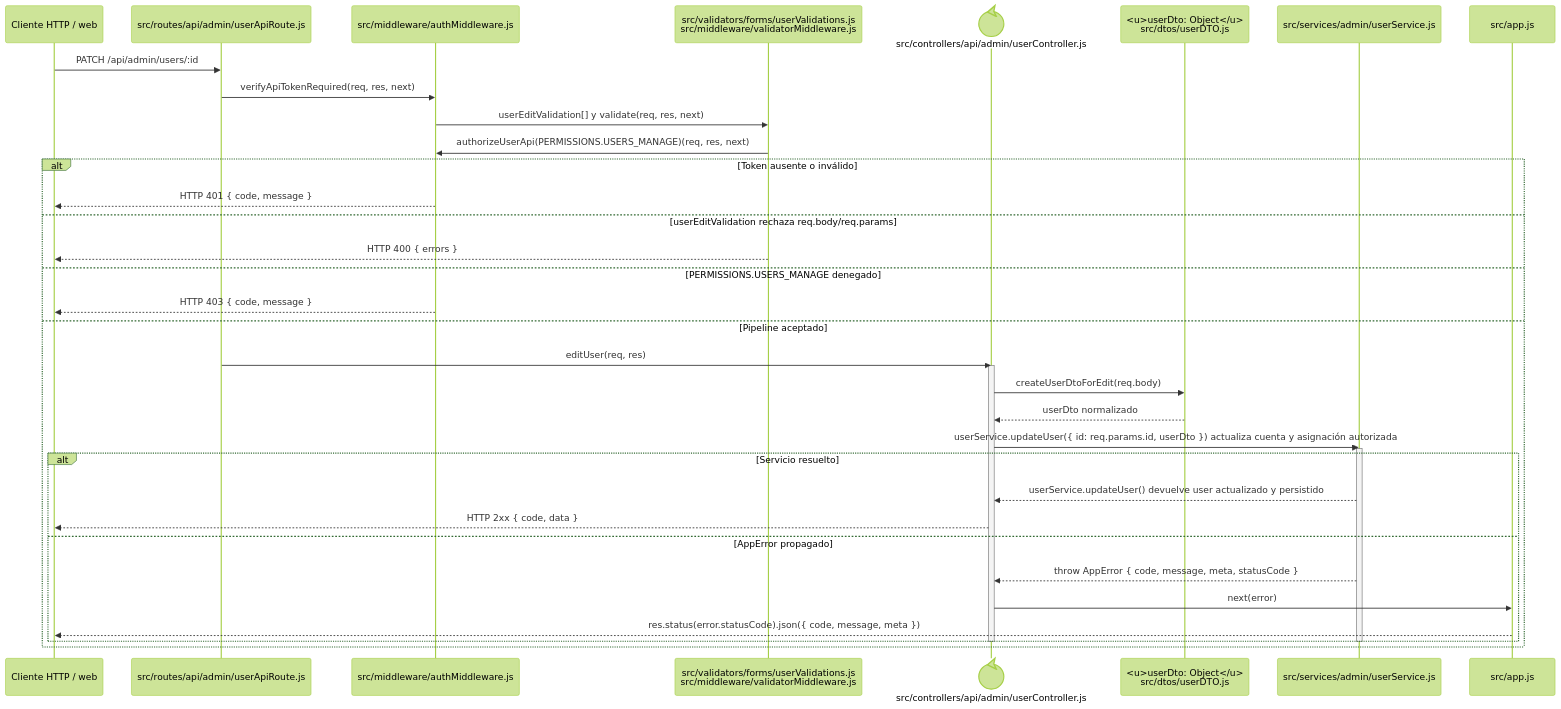
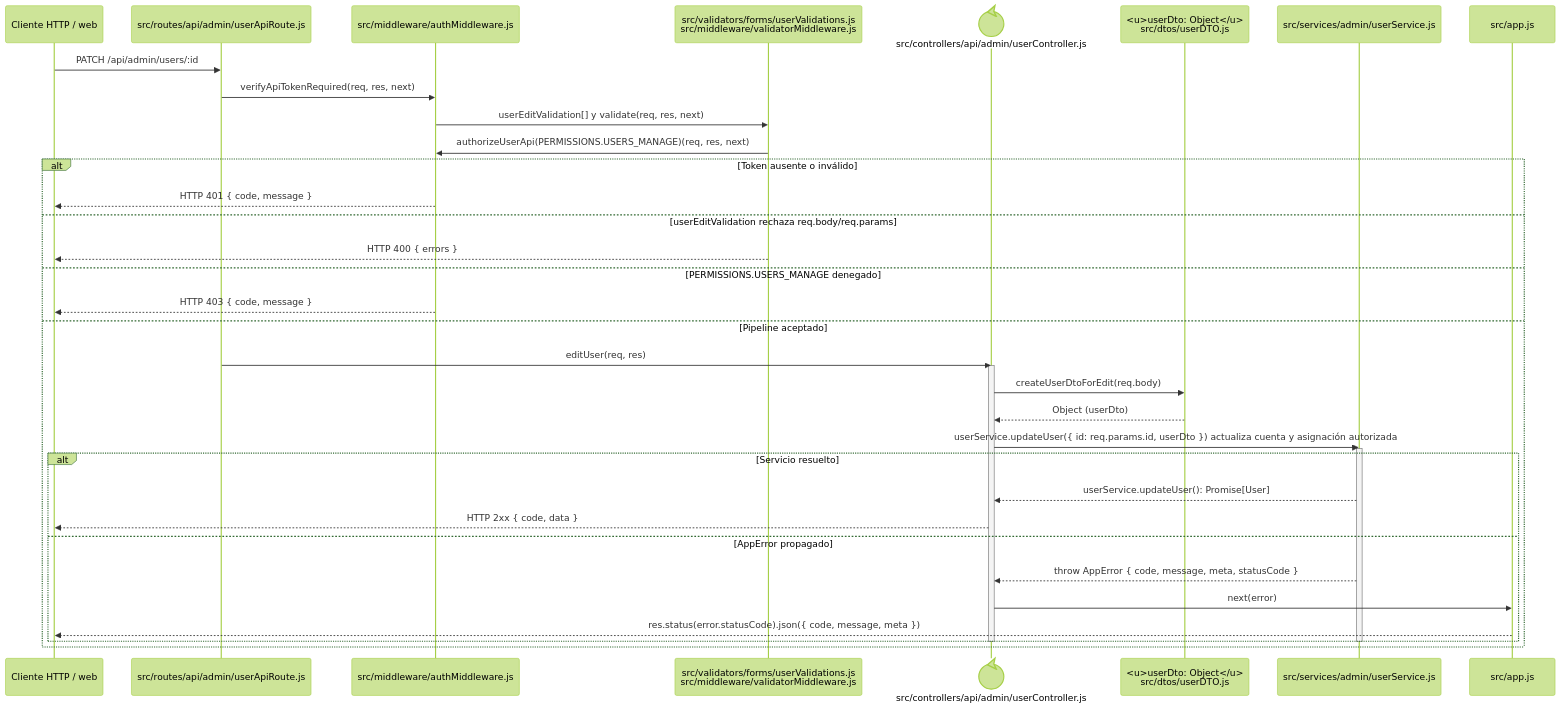
One commit to gpgsistemas01/nexus changed the diagram in docs/architecture/backend-code-sequences/identity-access/cu-ida-07.md. Above: the diagram before and after it, drawn with Mermaid (forest theme). The commit also changed 146 other files, not shown here.

````diff
--- a/docs/architecture/backend-code-sequences/identity-access/cu-ida-07.md
+++ b/docs/architecture/backend-code-sequences/identity-access/cu-ida-07.md
@@ -6,40 +6,40 @@
 ```mermaid
 sequenceDiagram
     participant Client as Cliente HTTP / web
     participant Route as src/routes/api/admin/userApiRoute.js
     participant Auth as src/middleware/authMiddleware.js
     participant Validator as src/validators/forms/userValidations.js<br/>src/middleware/validatorMiddleware.js
     participant Controller@{ "type": "control" } as src/controllers/api/admin/userController.js
     participant UserDto as <u>userDto: Object</u><br/>src/dtos/userDTO.js
     participant Domain as src/services/admin/userService.js
     participant ErrorHandler as src/app.js
 
     Client->>Route: PATCH /api/admin/users/:id
     Route->>Auth: verifyApiTokenRequired(req, res, next)
     Auth->>Validator: userEditValidation[] y validate(req, res, next)
     Validator->>Auth: authorizeUserApi(PERMISSIONS.USERS_MANAGE)(req, res, next)
     alt Token ausente o inválido
         Auth-->>Client: HTTP 401 { code, message }
     else userEditValidation rechaza req.body/req.params
         Validator-->>Client: HTTP 400 { errors }
     else PERMISSIONS.USERS_MANAGE denegado
         Auth-->>Client: HTTP 403 { code, message }
     else Pipeline aceptado
         Route->>Controller: editUser(req, res)
         activate Controller
         Controller->>UserDto: createUserDtoForEdit(req.body)
-        UserDto-->>Controller: userDto normalizado
+        UserDto-->>Controller: Object (userDto)
         Controller->>Domain: userService.updateUser({ id: req.params.id, userDto }) actualiza cuenta y asignación autorizada
         activate Domain
         alt Servicio resuelto
-            Domain-->>Controller: userService.updateUser() devuelve user actualizado y persistido
+            Domain-->>Controller: userService.updateUser(): Promise[User]
             Controller-->>Client: HTTP 2xx { code, data }
         else AppError propagado
             Domain-->>Controller: throw AppError { code, message, meta, statusCode }
             Controller->>ErrorHandler: next(error)
             ErrorHandler-->>Client: res.status(error.statusCode).json({ code, message, meta })
         end
         deactivate Domain
         deactivate Controller
     end
 ```
````
